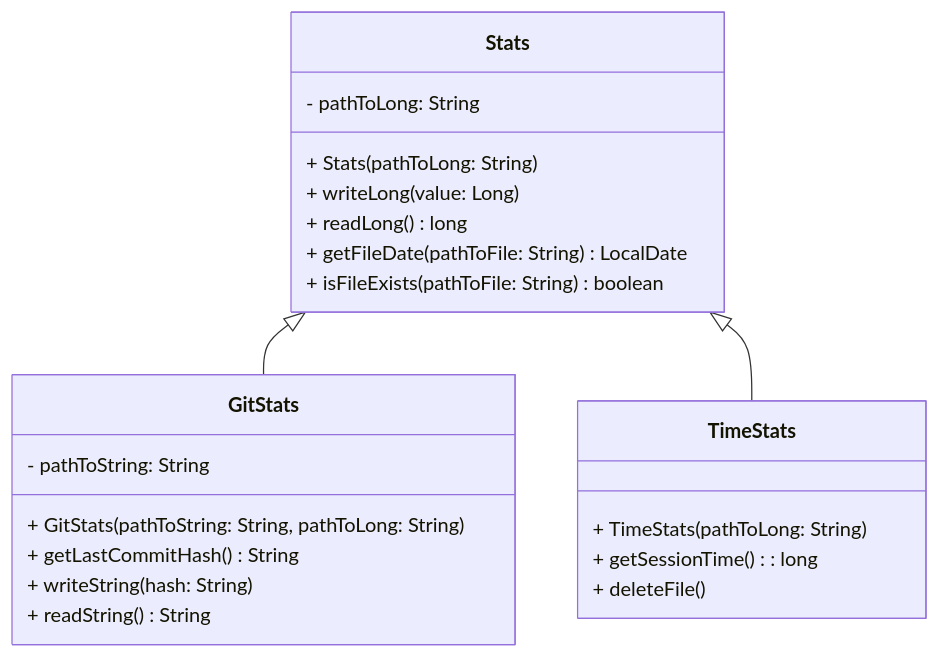
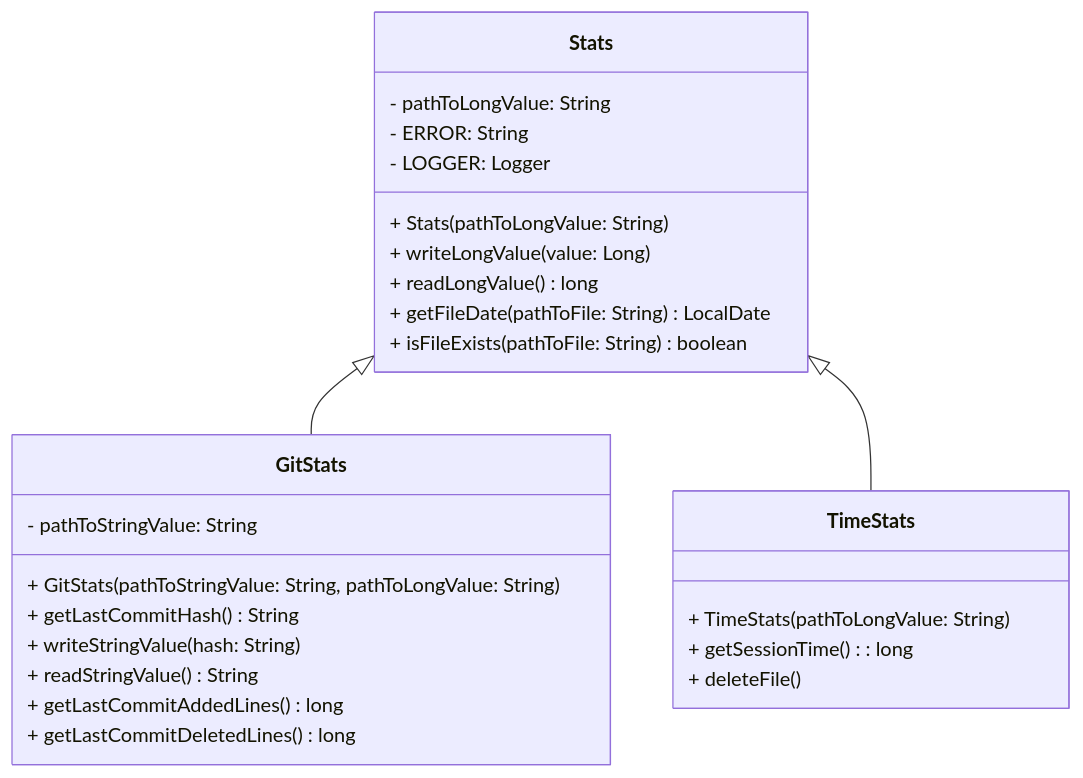
One commit to AlexandrAnatoliev/jvim-plugins changed the first of 4 diagrams in vimstat/README.md. Above: the diagram before and after it, drawn with Mermaid. The commit also changed other lines of this file and 6 other files, not shown here.

````diff
--- a/vimstat/README.md
+++ b/vimstat/README.md
@@ -128,29 +142,33 @@
 ```mermaid
 classDiagram
 
   class Stats {
-    - pathToLong: String
-    + Stats(pathToLong: String)
-    + writeLong(value: Long )
-    + readLong() long 
+    - pathToLongValue: String 
+    - ERROR: String 
+    - LOGGER: Logger
+    + Stats(pathToLongValue: String)
+    + writeLongValue(value: Long )
+    + readLongValue() long 
     + getFileDate(pathToFile: String) LocalDate
     + isFileExists(pathToFile: String) boolean 
   }
 
   class GitStats {
-    - pathToString: String 
-    + GitStats(pathToString: String, pathToLong: String)
+    - pathToStringValue: String 
+    + GitStats(pathToStringValue: String, pathToLongValue: String)
     + getLastCommitHash() String 
-    + writeString(hash: String) 
-    + readString() String
+    + writeStringValue(hash: String) 
+    + readStringValue() String
+    + getLastCommitAddedLines() long
+    + getLastCommitDeletedLines() long
   }
 
   class TimeStats {
-    + TimeStats(pathToLong: String)
+    + TimeStats(pathToLongValue: String)
     + getSessionTime(): long 
     + deleteFile() 
   }
 
   Stats <|-- GitStats
   Stats <|-- TimeStats
 ```
````
